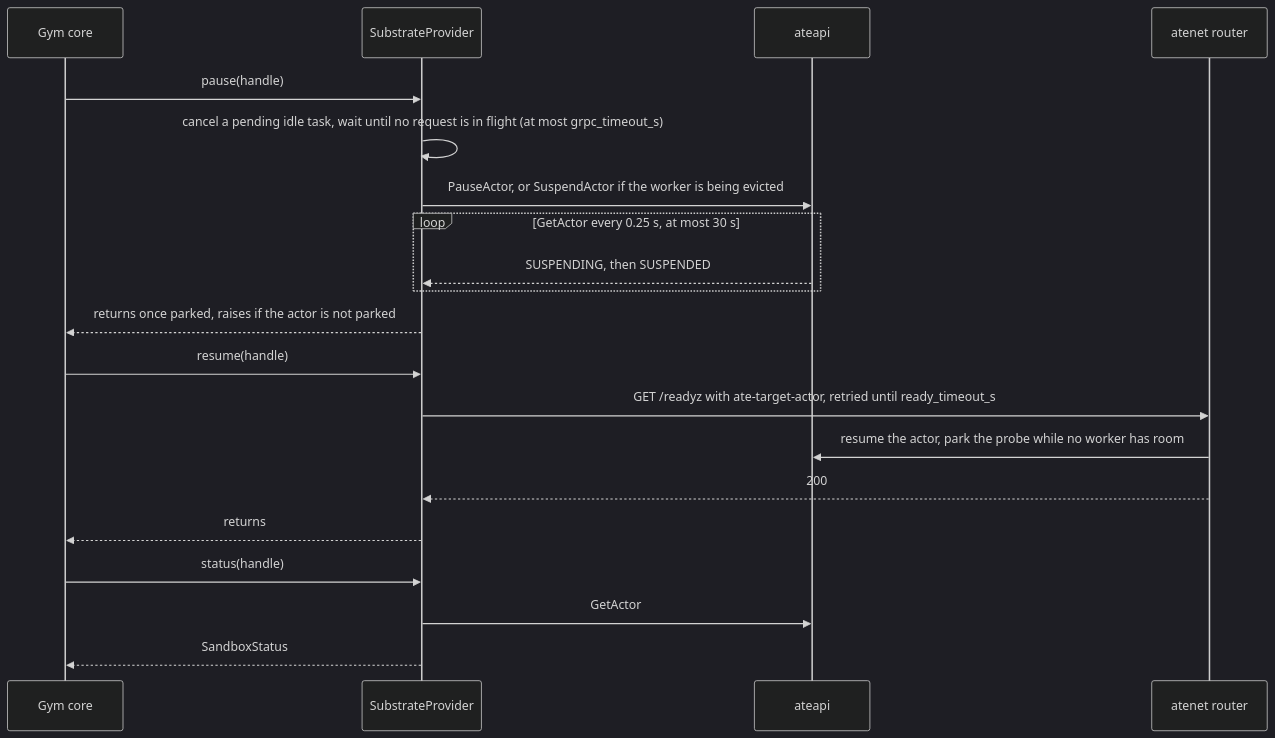
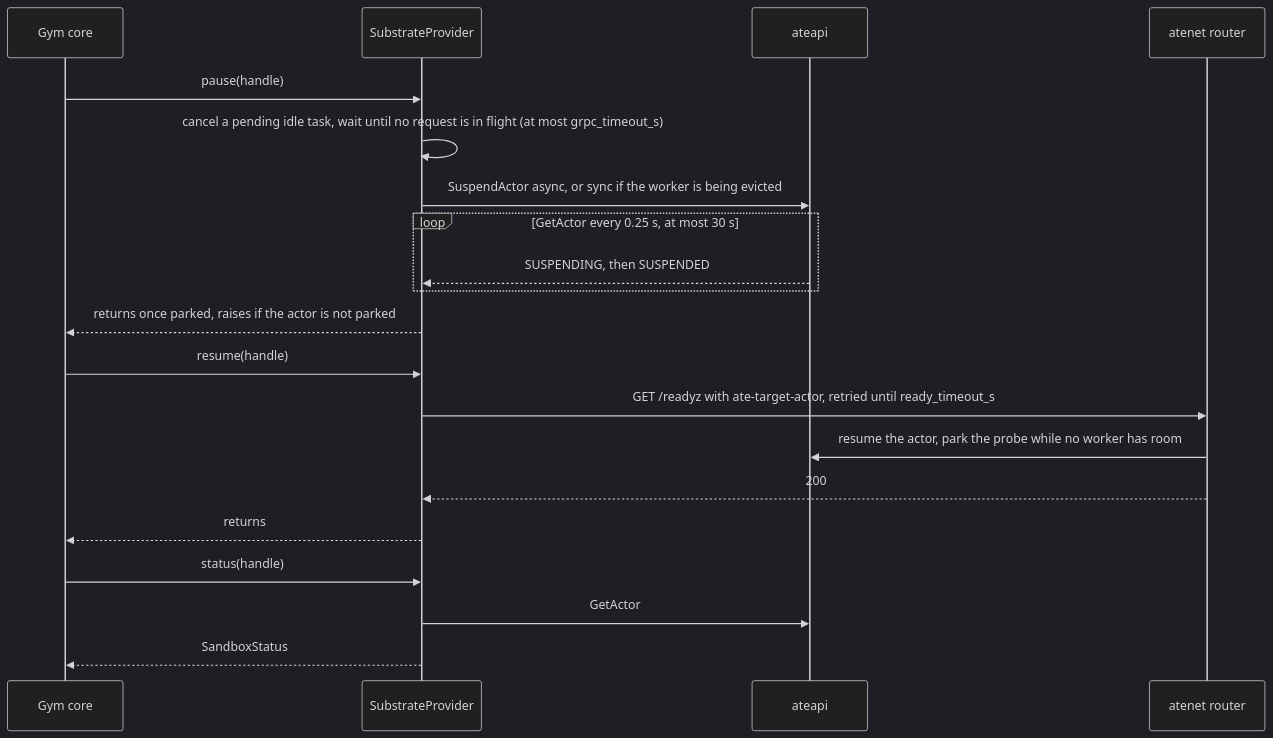
The seventh of 8 diagrams in docs/architecture.md (dims/gym-substrate), drawn with Mermaid (dark theme) before and after one commit. The commit also changed other lines of this file and 7 other files, not shown here.

````diff
--- a/docs/architecture.md
+++ b/docs/architecture.md
@@ -287,23 +287,23 @@
 ```mermaid
 sequenceDiagram
   participant C as Gym core
   participant P as SubstrateProvider
   participant A as ateapi
   participant R as atenet router
 
   C->>P: pause(handle)
   P->>P: cancel a pending idle task, wait until no request is in flight (at most grpc_timeout_s)
-  P->>A: PauseActor, or SuspendActor if the worker is being evicted
+  P->>A: SuspendActor async, or sync if the worker is being evicted
   loop GetActor every 0.25 s, at most 30 s
     A-->>P: SUSPENDING, then SUSPENDED
   end
   P-->>C: returns once parked, raises if the actor is not parked
   C->>P: resume(handle)
   P->>R: GET /readyz with ate-target-actor, retried until ready_timeout_s
   R->>A: resume the actor, park the probe while no worker has room
   R-->>P: 200
   P-->>C: returns
   C->>P: status(handle)
   P->>A: GetActor
   P-->>C: SandboxStatus
 ```
````
